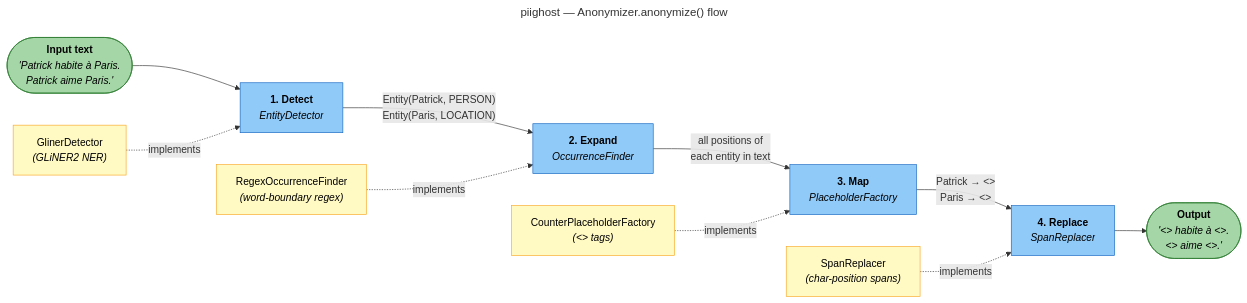
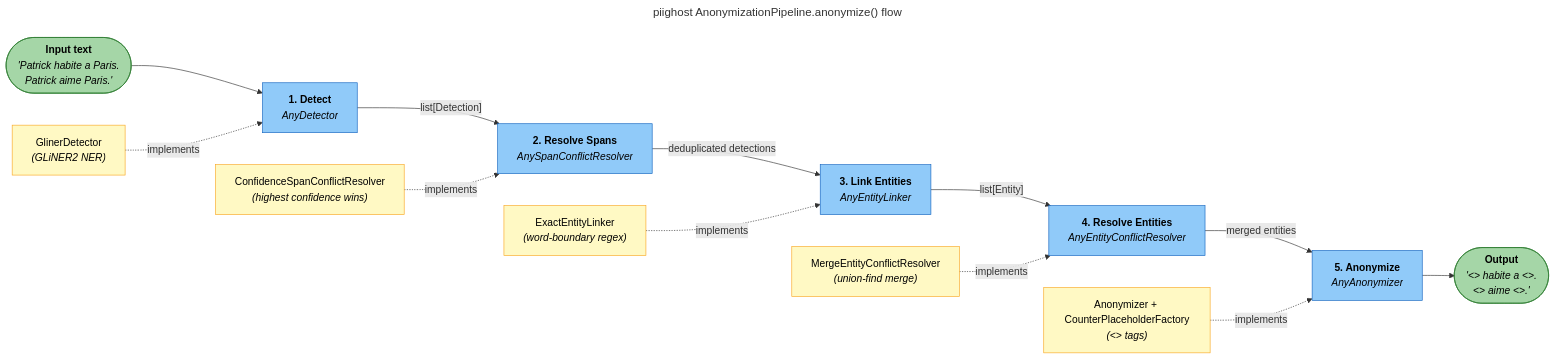
One commit to Athroniaeth/piighost changed the first of 2 diagrams in README.md. Above: the diagram before and after it, drawn with Mermaid. The commit also changed other lines of this file and 32 other files, not shown here.

Commit message:
docs: rewrite all documentation for new architecture

````diff
--- a/README.md
+++ b/README.md
@@ -132,49 +136,52 @@
 ```mermaid
 ---
-title: "piighost — Anonymizer.anonymize() flow"
+title: "piighost AnonymizationPipeline.anonymize() flow"
 ---
 flowchart LR
     classDef stage fill:#90CAF9,stroke:#1565C0,color:#000
     classDef protocol fill:#FFF9C4,stroke:#F9A825,color:#000
     classDef data fill:#A5D6A7,stroke:#2E7D32,color:#000
 
     INPUT(["`**Input text**
-    _'Patrick habite à Paris.
+    _'Patrick habite a Paris.
     Patrick aime Paris.'_`"]):::data
 
     DETECT["`**1. Detect**
-    _EntityDetector_`"]:::stage
-    EXPAND["`**2. Expand**
-    _OccurrenceFinder_`"]:::stage
-    MAP["`**3. Map**
-    _PlaceholderFactory_`"]:::stage
-    REPLACE["`**4. Replace**
-    _SpanReplacer_`"]:::stage
+    _AnyDetector_`"]:::stage
+    RESOLVE_SPANS["`**2. Resolve Spans**
+    _AnySpanConflictResolver_`"]:::stage
+    LINK["`**3. Link Entities**
+    _AnyEntityLinker_`"]:::stage
+    RESOLVE_ENTITIES["`**4. Resolve Entities**
+    _AnyEntityConflictResolver_`"]:::stage
+    ANONYMIZE["`**5. Anonymize**
+    _AnyAnonymizer_`"]:::stage
 
     OUTPUT(["`**Output**
-    _'<<PERSON_1>> habite à <<LOCATION_1>>.
+    _'<<PERSON_1>> habite a <<LOCATION_1>>.
     <<PERSON_1>> aime <<LOCATION_1>>.'_`"]):::data
 
     INPUT --> DETECT
-    DETECT -- "Entity(Patrick, PERSON)
-    Entity(Paris, LOCATION)" --> EXPAND
-    EXPAND -- "all positions of
-    each entity in text" --> MAP
-    MAP -- "Patrick → <<PERSON_1>>
-    Paris → <<LOCATION_1>>" --> REPLACE
-    REPLACE --> OUTPUT
+    DETECT -- "list[Detection]" --> RESOLVE_SPANS
+    RESOLVE_SPANS -- "deduplicated detections" --> LINK
+    LINK -- "list[Entity]" --> RESOLVE_ENTITIES
+    RESOLVE_ENTITIES -- "merged entities" --> ANONYMIZE
+    ANONYMIZE --> OUTPUT
 
     P_DETECT["`GlinerDetector
     _(GLiNER2 NER)_`"]:::protocol
-    P_EXPAND["`RegexOccurrenceFinder
+    P_RESOLVE_SPANS["`ConfidenceSpanConflictResolver
+    _(highest confidence wins)_`"]:::protocol
+    P_LINK["`ExactEntityLinker
     _(word-boundary regex)_`"]:::protocol
-    P_MAP["`CounterPlaceholderFactory
+    P_RESOLVE_ENTITIES["`MergeEntityConflictResolver
+    _(union-find merge)_`"]:::protocol
+    P_ANONYMIZE["`Anonymizer + CounterPlaceholderFactory
     _(<<LABEL_N>> tags)_`"]:::protocol
-    P_REPLACE["`SpanReplacer
-    _(char-position spans)_`"]:::protocol
 
     P_DETECT -. "implements" .-> DETECT
-    P_EXPAND -. "implements" .-> EXPAND
-    P_MAP -. "implements" .-> MAP
-    P_REPLACE -. "implements" .-> REPLACE
+    P_RESOLVE_SPANS -. "implements" .-> RESOLVE_SPANS
+    P_LINK -. "implements" .-> LINK
+    P_RESOLVE_ENTITIES -. "implements" .-> RESOLVE_ENTITIES
+    P_ANONYMIZE -. "implements" .-> ANONYMIZE
 ```
````
